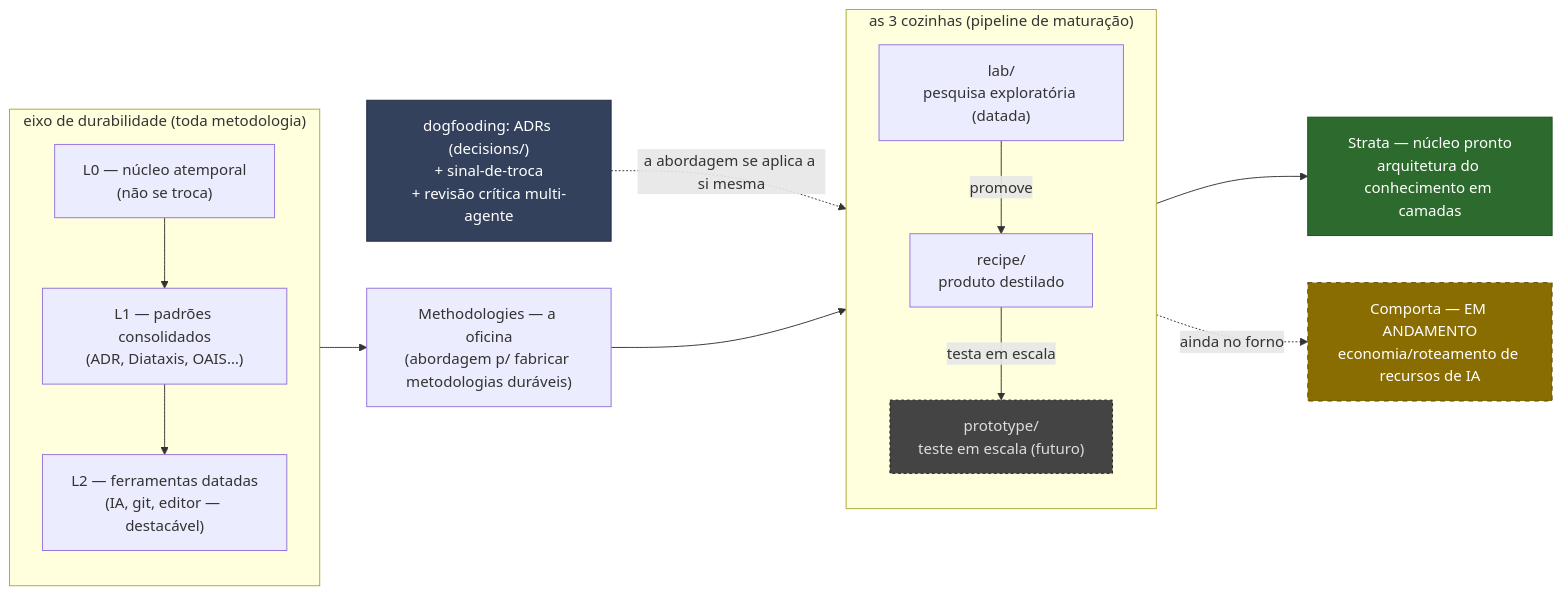
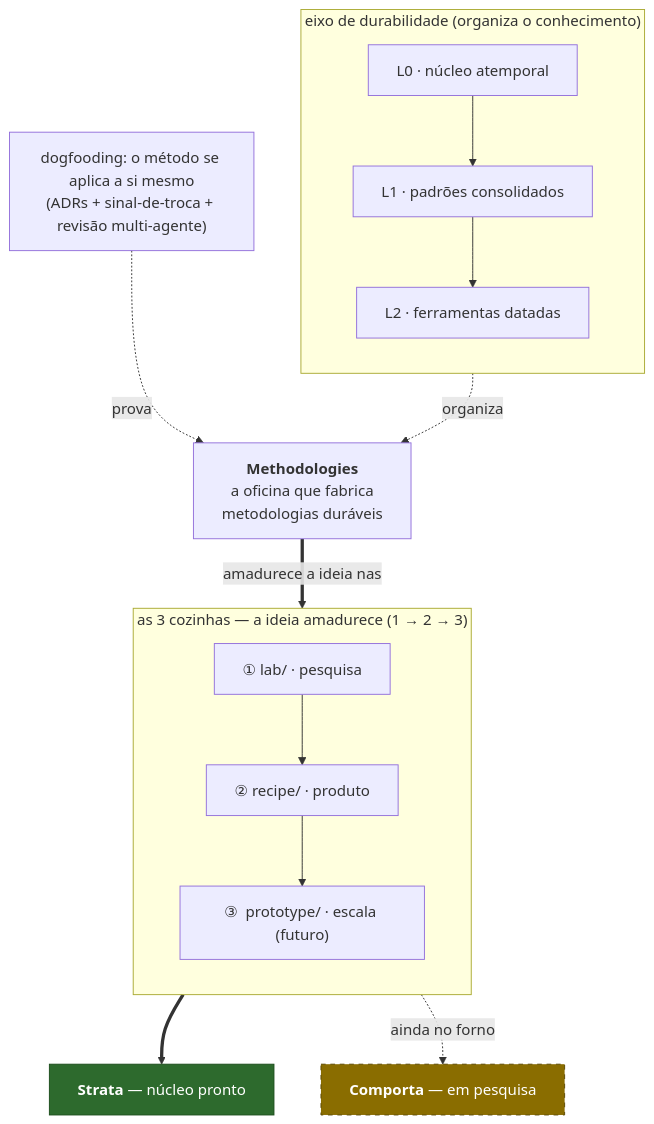
The diagram in README.md (LeoPR/Methodologies), drawn with Mermaid before and after one commit.

Commit message:
narrativa(README): diagrama vertical (mermaid TB) — cabe em tela estreita; setas corrigidas (durabilidade/dogfooding como principios; oficina -> 3 cozinhas 1-2-3 -> produtos)

````diff
--- a/README.md
+++ b/README.md
@@ -70,37 +70,27 @@
 ```mermaid
-flowchart LR
-    subgraph CAMADAS["eixo de durabilidade (toda metodologia)"]
+flowchart TB
+    OFICINA["<b>Methodologies</b><br/>a oficina que fabrica<br/>metodologias duráveis"]
+
+    subgraph DUR["eixo de durabilidade (organiza o conhecimento)"]
         direction TB
-        L0["L0 — núcleo atemporal<br/>(não se troca)"]
-        L1["L1 — padrões consolidados<br/>(ADR, Diataxis, OAIS…)"]
-        L2["L2 — ferramentas datadas<br/>(IA, git, editor — destacável)"]
-        L0 --> L1 --> L2
+        L0["L0 · núcleo atemporal"] --> L1["L1 · padrões consolidados"] --> L2["L2 · ferramentas datadas"]
     end
 
-    DOG["dogfooding: ADRs (decisions/)<br/>+ sinal-de-troca<br/>+ revisão crítica multi-agente"]
-    OFICINA["Methodologies — a oficina<br/>(abordagem p/ fabricar metodologias duráveis)"]
-
-    subgraph COZINHAS["as 3 cozinhas (pipeline de maturação)"]
+    subgraph COZ["as 3 cozinhas — a ideia amadurece (1 → 2 → 3)"]
         direction TB
-        LAB["lab/<br/>pesquisa exploratória (datada)"]
-        REC["recipe/<br/>produto destilado"]
-        PROTO["prototype/<br/>teste em escala (futuro)"]
-        LAB -->|promove| REC -->|testa em escala| PROTO
+        LAB["①  lab/ · pesquisa"] --> REC["②  recipe/ · produto"] --> PROTO["③  prototype/ · escala (futuro)"]
     end
 
-    CAMADAS --> OFICINA
-    DOG -.->|a abordagem se aplica a si mesma| COZINHAS
-    OFICINA --> COZINHAS
+    DOG["dogfooding: o método se aplica a si mesmo<br/>(ADRs + sinal-de-troca + revisão multi-agente)"]
 
-    REC --> STRATA["Strata — núcleo pronto<br/>arquitetura do conhecimento em camadas"]
-    LAB -.->|ainda no forno| ECON["Comporta — EM ANDAMENTO<br/>economia/roteamento de recursos de IA"]
+    DUR -.->|organiza| OFICINA
+    DOG -.->|prova| OFICINA
+    OFICINA ==>|amadurece a ideia nas| COZ
+    REC ==> STRATA["<b>Strata</b> — núcleo pronto"]
+    LAB -.->|ainda no forno| ECON["<b>Comporta</b> — em pesquisa"]
 
     classDef done fill:#2d6a2d,stroke:#1b4d1b,color:#fff;
     classDef wip fill:#8a6d00,stroke:#5c4900,color:#fff,stroke-dasharray:5 5;
-    classDef future fill:#444,stroke:#222,color:#ddd,stroke-dasharray:3 3;
-    classDef proof fill:#33415c,stroke:#1f2a44,color:#fff;
     class STRATA done;
     class ECON wip;
-    class PROTO future;
-    class DOG proof;
 ```
````
